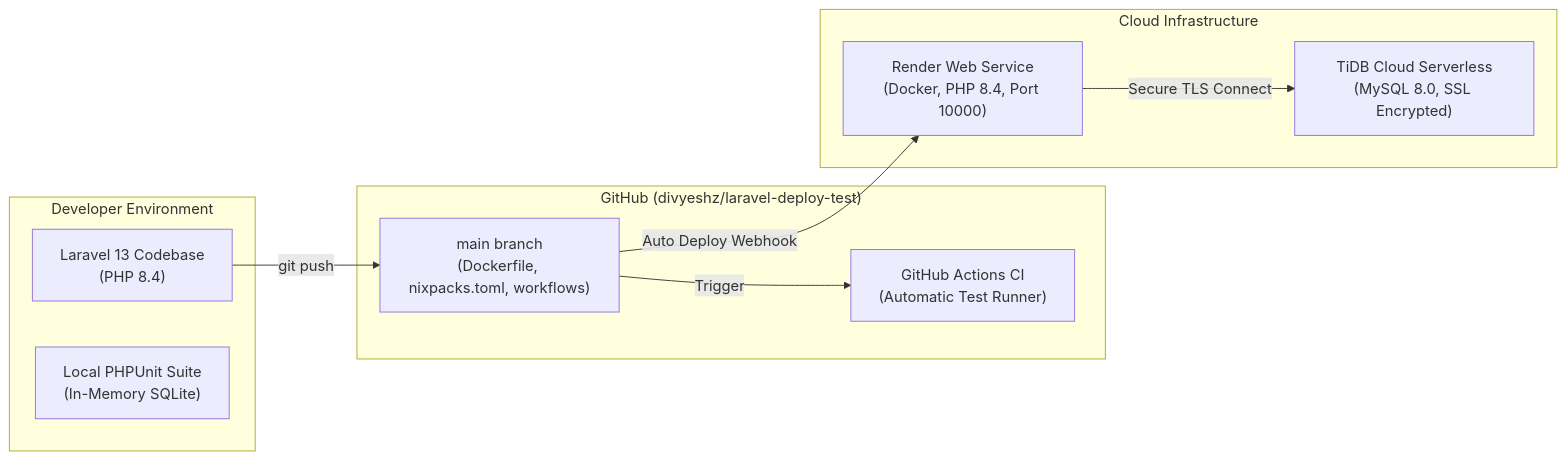
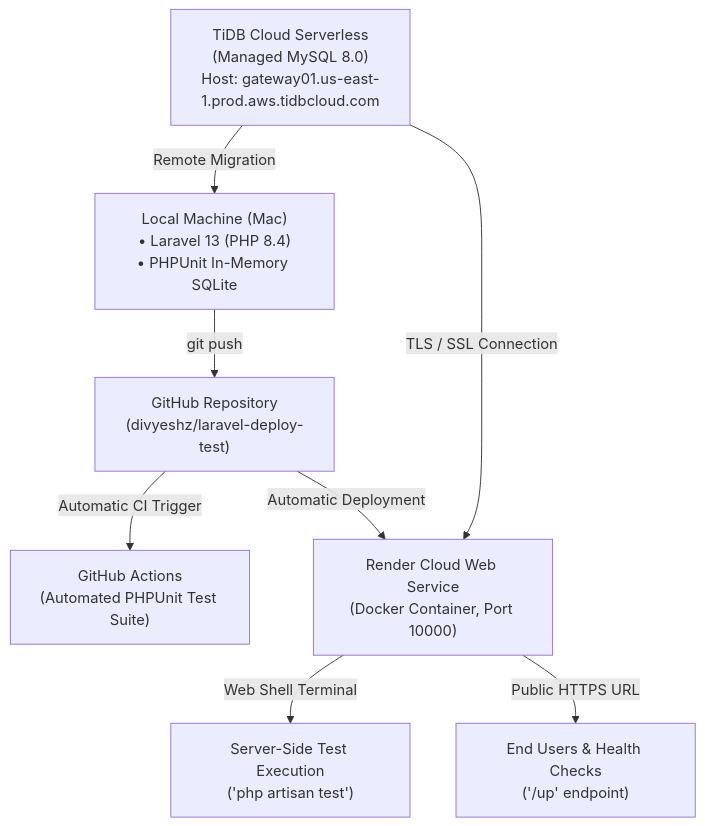
One commit to divyeshz/laravel-deploy-test changed the diagram in DEPLOYMENT_GUIDE.md. Above: the diagram before and after it, drawn with Mermaid. The commit also changed other lines of this file, not shown here.

Commit message:
docs: expand deployment guide with comprehensive click-by-click TiDB and GitHub setup

````diff
--- a/DEPLOYMENT_GUIDE.md
+++ b/DEPLOYMENT_GUIDE.md
@@ -14,22 +29,10 @@
 ```mermaid
-flowchart LR
-    subgraph Local_Dev["Developer Environment"]
-        LocalCode["Laravel 13 Codebase\n(PHP 8.4)"]
-        LocalTests["Local PHPUnit Suite\n(In-Memory SQLite)"]
-    end
-
-    subgraph GitHub["GitHub (divyeshz/laravel-deploy-test)"]
-        GitRepo["main branch\n(Dockerfile, nixpacks.toml, workflows)"]
-        GHA["GitHub Actions CI\n(Automatic Test Runner)"]
-    end
-
-    subgraph Cloud_Infra["Cloud Infrastructure"]
-        TiDB["TiDB Cloud Serverless\n(MySQL 8.0, SSL Encrypted)"]
-        Render["Render Web Service\n(Docker, PHP 8.4, Port 10000)"]
-    end
-
-    LocalCode -->|git push| GitRepo
-    GitRepo -->|Trigger| GHA
-    GitRepo -->|Auto Deploy Webhook| Render
-    Render -->|Secure TLS Connect| TiDB
+flowchart TD
+    A["Local Machine (Mac)\n• Laravel 13 (PHP 8.4)\n• PHPUnit In-Memory SQLite"] -->|git push| B["GitHub Repository\n(divyeshz/laravel-deploy-test)"]
+    B -->|Automatic CI Trigger| C["GitHub Actions\n(Automated PHPUnit Test Suite)"]
+    B -->|Automatic Deployment| D["Render Cloud Web Service\n(Docker Container, Port 10000)"]
+    E["TiDB Cloud Serverless\n(Managed MySQL 8.0)\nHost: gateway01.us-east-1.prod.aws.tidbcloud.com"] -->|TLS / SSL Connection| D
+    E -->|Remote Migration| A
+    D -->|Web Shell Terminal| F["Server-Side Test Execution\n('php artisan test')"]
+    D -->|Public HTTPS URL| G["End Users & Health Checks\n('/up' endpoint)"]
 ```
````
